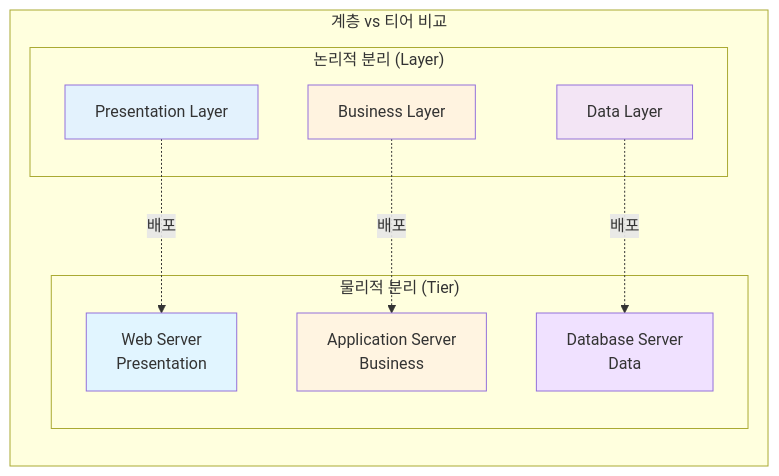
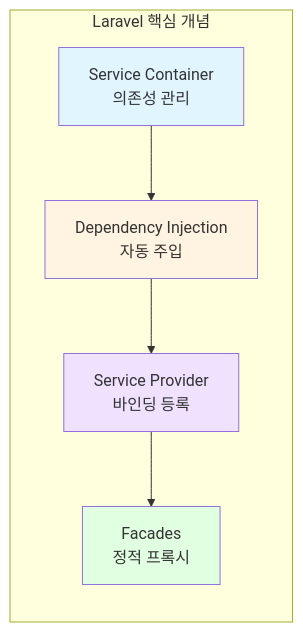
One commit to shaul1991/study-architecture changed the third of 22 diagrams in architecture/layered/README.md. Above: the diagram before and after it, drawn with Mermaid. The commit also changed other lines of this file and 1 other file, not shown here.

First line of the commit message:
refactor: 레이어드 아키텍처 문서를 Laravel 기준으로 수정

````diff
--- a/architecture/layered/README.md
+++ b/architecture/layered/README.md
@@ -85,27 +96,18 @@
 ```mermaid
 graph LR
-    subgraph "계층 vs 티어 비교"
-        subgraph "논리적 분리 (Layer)"
-            L1[Presentation Layer]
-            L2[Business Layer]
-            L3[Data Layer]
-        end
-
-        subgraph "물리적 분리 (Tier)"
-            T1[Web Server<br/>Presentation]
-            T2[Application Server<br/>Business]
-            T3[Database Server<br/>Data]
-        end
+    subgraph "Laravel 핵심 개념"
+        SC[Service Container<br/>의존성 관리]
+        DI[Dependency Injection<br/>자동 주입]
+        SP[Service Provider<br/>바인딩 등록]
+        FA[Facades<br/>정적 프록시]
     end
 
-    L1 -.->|배포| T1
-    L2 -.->|배포| T2
-    L3 -.->|배포| T3
+    SC --> DI
+    DI --> SP
+    SP --> FA
 
-    style L1 fill:#e3f2fd
-    style L2 fill:#fff3e0
-    style L3 fill:#f3e5f5
-    style T1 fill:#e1f5ff
-    style T2 fill:#fff4e1
-    style T3 fill:#f0e1ff
+    style SC fill:#e1f5ff
+    style DI fill:#fff4e1
+    style SP fill:#f0e1ff
+    style FA fill:#e1ffe1
 ```
````
